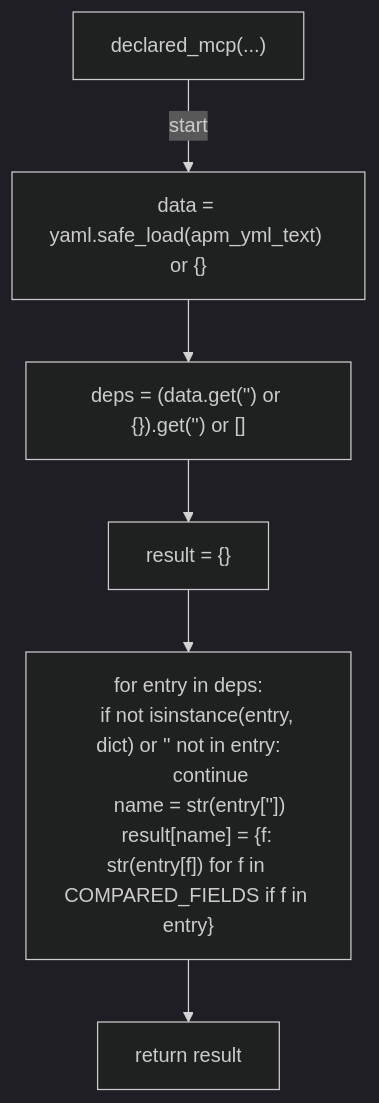
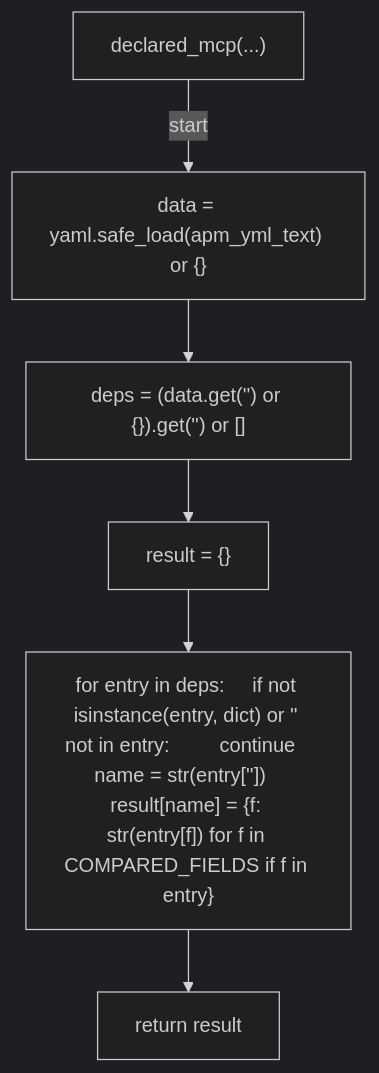
The first of 8 diagrams in docs/generated/scripts/ast/scan_apm_lock_drift.md (tvna/claude-md), drawn with Mermaid (dark theme) before and after one commit. The commit also changed other lines of this file and 29 other files, not shown here.

First line of the commit message:
docs(generated): regenerate decision tree and workflow diagrams (batch 3/5)

````diff
--- a/docs/generated/scripts/ast/scan_apm_lock_drift.md
+++ b/docs/generated/scripts/ast/scan_apm_lock_drift.md
@@ -7,18 +7,14 @@
 ```mermaid
 flowchart TD
     N001["declared_mcp(...)"]
     N002["data = yaml.safe_load(apm_yml_text) or {}"]
     N003["deps = (data.get('<str>') or {}).get('<str>') or []"]
     N004["result = {}"]
-    N005["for entry in deps:
-    if not isinstance(entry, dict) or '<str>' not in entry:
-        continue
-    name = str(entry['<str>'])
-    result[name] = {f: str(entry[f]) for f in COMPARED_FIELDS if f in entry}"]
+    N005["for entry in deps:     if not isinstance(entry, dict) or '<str>' not in entry:         continue     name = str(entry['<str>'])     result[name] = {f: str(entry[f]) for f in COMPARED_FIELDS if f in entry}"]
     N006["return result"]
     N001 -->|"start"| N002
     N002 --> N003
     N003 --> N004
     N004 --> N005
     N005 --> N006
 ```
````
